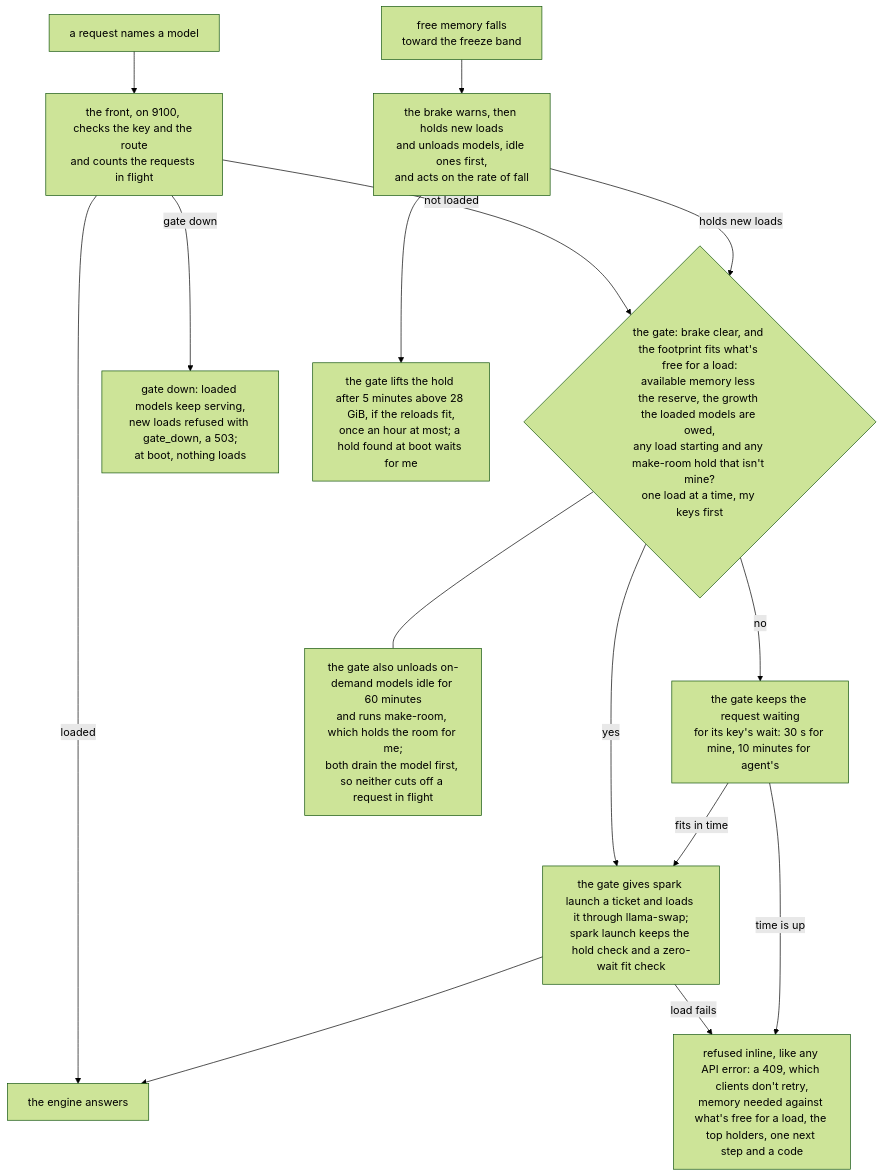
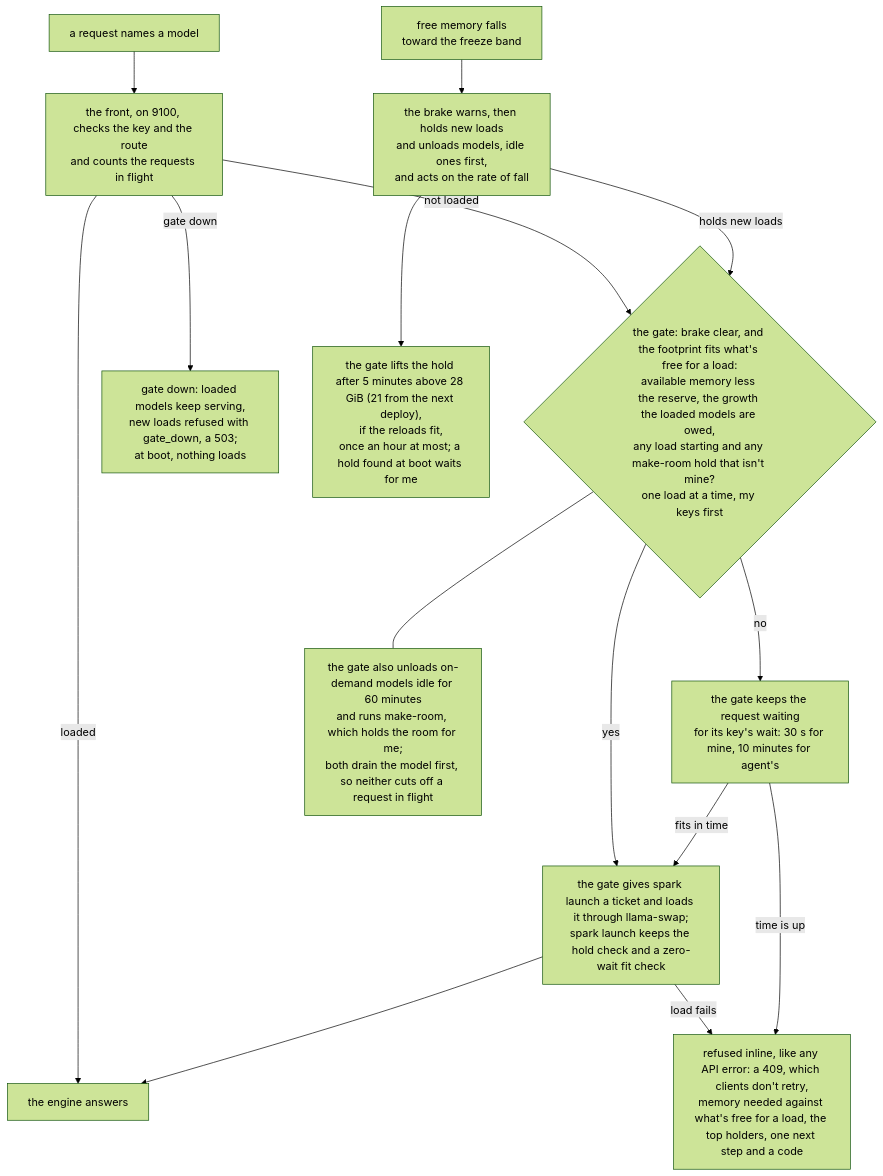
The third of 4 diagrams in website/architecture.qmd (chendaniely/local-ai), drawn with Mermaid (forest theme) before and after one commit. The commit also changed other lines of this file and 28 other files, not shown here.

````diff
--- a/website/architecture.qmd
+++ b/website/architecture.qmd
@@ -256,19 +256,19 @@
 ```{mermaid}
 flowchart TD
   classDef planned stroke-dasharray: 5 5
 
   req["a request names a model"] --> front["the front, on 9100, checks the key and the route<br/>and counts the requests in flight"]
   front -- loaded --> answer["the engine answers"]
   front -- "not loaded" --> ask{"the gate: brake clear, and the footprint fits what's free for a load:<br/>available memory less the reserve, the growth the loaded models are owed,<br/>any load starting and any make-room hold that isn't mine?<br/>one load at a time, my keys first"}
   front -- "gate down" --> gdown["gate down: loaded models keep serving,<br/>new loads refused with gate_down, a 503;<br/>at boot, nothing loads"]
   ask -- yes --> gload["the gate gives spark launch a ticket and loads it through llama-swap;<br/>spark launch keeps the hold check and a zero-wait fit check"]
   gload --> answer
   gload -- "load fails" --> inline["refused inline, like any API error: a 409, which clients don't retry,<br/>memory needed against what's free for a load, the top holders, one next step and a code"]
   ask -- no --> hold["the gate keeps the request waiting<br/>for its key's wait: 30 s for mine, 10 minutes for agent's"]
   hold -- "fits in time" --> gload
   hold -- "time is up" --> inline
   low["free memory falls<br/>toward the freeze band"] --> brake["the brake warns, then holds new loads<br/>and unloads models, idle ones first,<br/>and acts on the rate of fall"]
   brake -- "holds new loads" --> ask
-  brake --> release["the gate lifts the hold after 5 minutes above 28 GiB, if the reloads fit,<br/>once an hour at most; a hold found at boot waits for me"]
+  brake --> release["the gate lifts the hold after 5 minutes above 28 GiB (21 from the next deploy),<br/>if the reloads fit,<br/>once an hour at most; a hold found at boot waits for me"]
   ask --- idle["the gate also unloads on-demand models idle for 60 minutes<br/>and runs make-room, which holds the room for me;<br/>both drain the model first, so neither cuts off a request in flight"]
 ```
````
